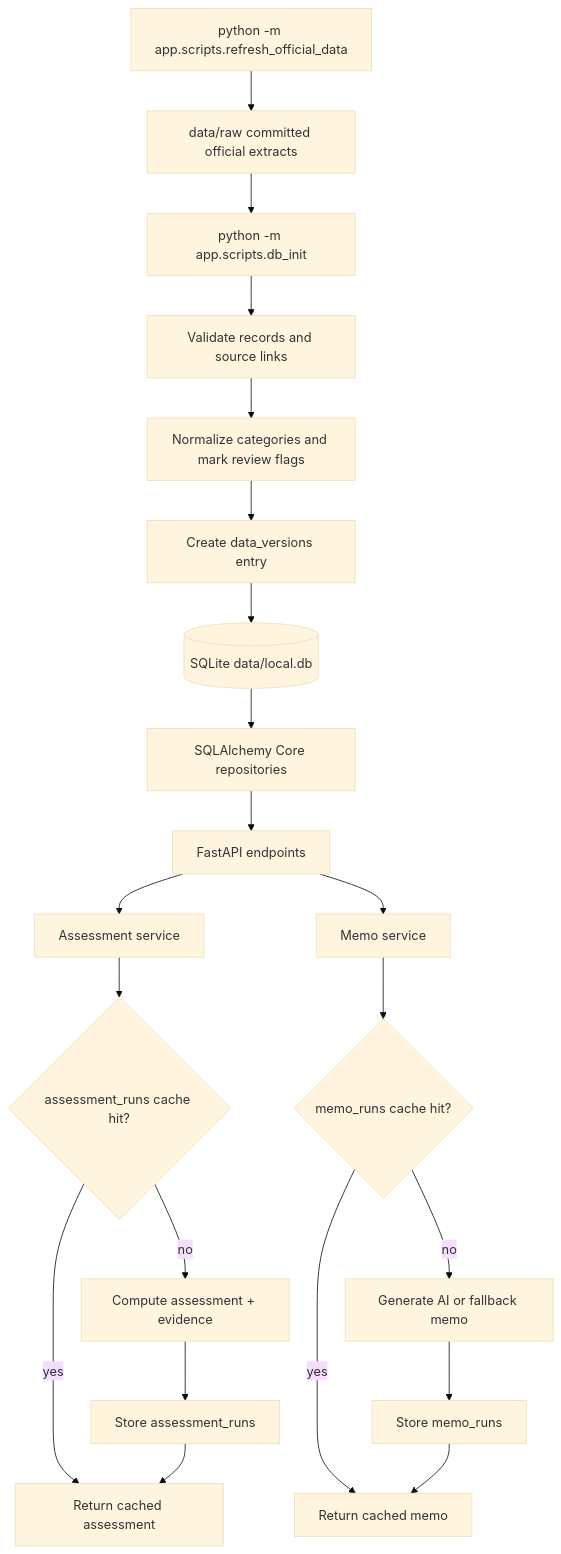
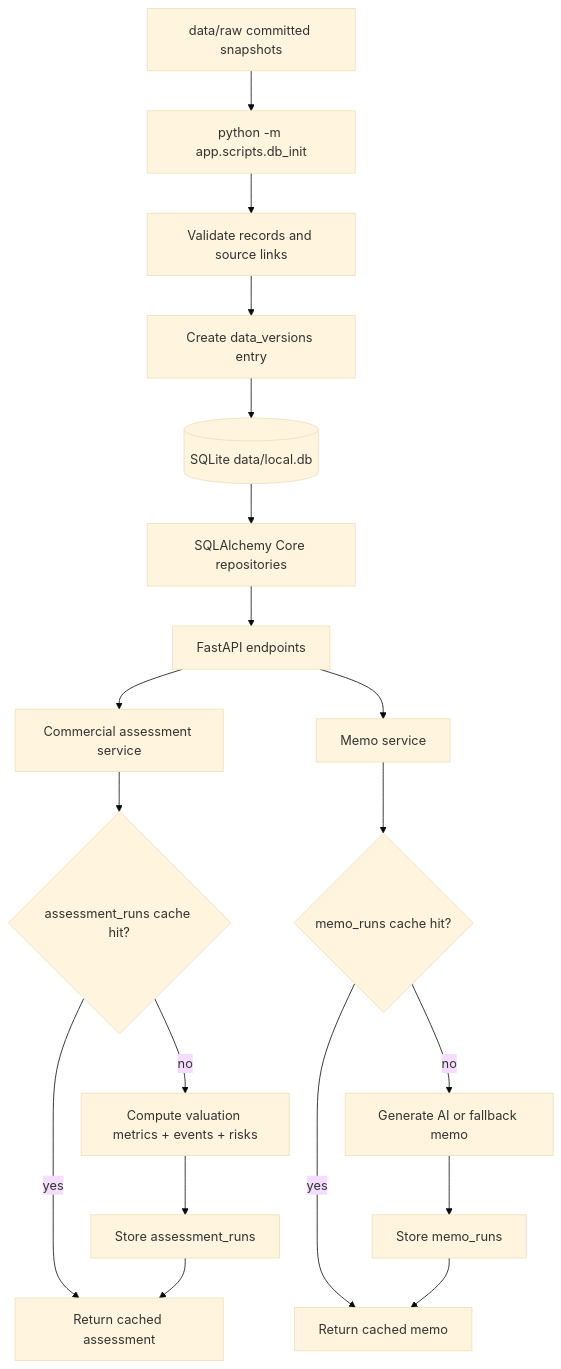
The third of 6 diagrams in docs/design-review.md (wkcjay/commercial-asset-screening), drawn with Mermaid (base theme) before and after one commit. The commit also changed other lines of this file and 3 other files, not shown here.

````diff
--- a/docs/design-review.md
+++ b/docs/design-review.md
@@ -64,27 +66,25 @@
 ```mermaid
 flowchart TD
-  raw[data/raw committed official extracts] --> init[python -m app.scripts.db_init]
-  refresh[python -m app.scripts.refresh_official_data] --> raw
+  raw[data/raw committed snapshots] --> init[python -m app.scripts.db_init]
 
   init --> validate[Validate records and source links]
-  validate --> normalize[Normalize categories and mark review flags]
-  normalize --> version[Create data_versions entry]
+  validate --> version[Create data_versions entry]
   version --> db[(SQLite data/local.db)]
 
   db --> repo[SQLAlchemy Core repositories]
   repo --> api[FastAPI endpoints]
 
-  api --> assess[Assessment service]
+  api --> assess[Commercial assessment service]
   assess --> acache{assessment_runs cache hit?}
-  acache -->|yes| assessment[Return cached assessment]
-  acache -->|no| compute[Compute assessment + evidence]
+  acache -->|yes| cached_assessment[Return cached assessment]
+  acache -->|no| compute[Compute valuation metrics + events + risks]
   compute --> astore[Store assessment_runs]
-  astore --> assessment
+  astore --> cached_assessment
 
   api --> memo[Memo service]
   memo --> mcache{memo_runs cache hit?}
   mcache -->|yes| generated[Return cached memo]
   mcache -->|no| fallback_or_ai[Generate AI or fallback memo]
   fallback_or_ai --> mstore[Store memo_runs]
   mstore --> generated
 ```
````
